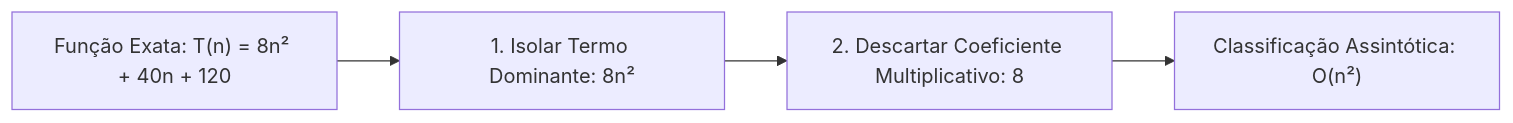
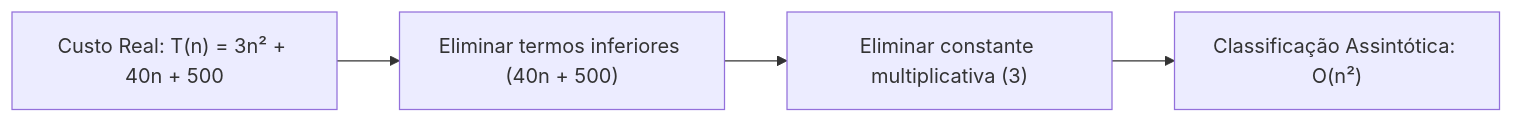
Before and after one commit to murilolol/unifef: the eighth of 27 diagrams in 4º Semestre/[Prof. Wesley Soares] Estrutura de Dados I/Resumos-IA/Caderno-Consolidado.md, drawn with Mermaid. The commit also changed other lines of this file and 58 other files, not shown here.

````diff
--- a/4º Semestre/[Prof. Wesley Soares] Estrutura de Dados I/Resumos-IA/Caderno-Consolidado.md
+++ b/4º Semestre/[Prof. Wesley Soares] Estrutura de Dados I/Resumos-IA/Caderno-Consolidado.md
@@ -512,6 +422,6 @@
 ```mermaid
 flowchart LR
-    A["Função Exata: T(n) = 8n² + 40n + 120"] --> B["1. Isolar Termo Dominante: 8n²"]
-    B --> C["2. Descartar Coeficiente Multiplicativo: 8"]
-    C --> D["Classificação Assintótica: O(n²)"]
+  Formula["Custo Real: T(n) = 3n² + 40n + 500"] --> TermosMenores["Eliminar termos inferiores (40n + 500)"]
+  TermosMenores --> Constantes["Eliminar constante multiplicativa (3)"]
+  Constantes --> BigO["Classificação Assintótica: O(n²)"]
 ```
````
